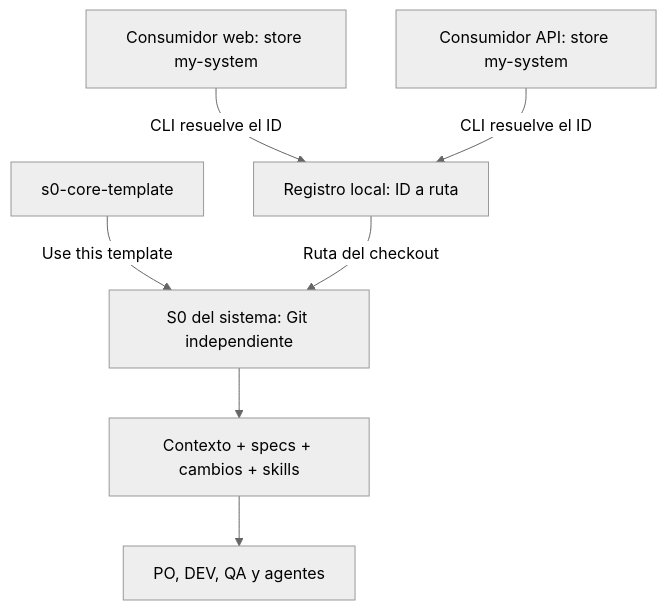
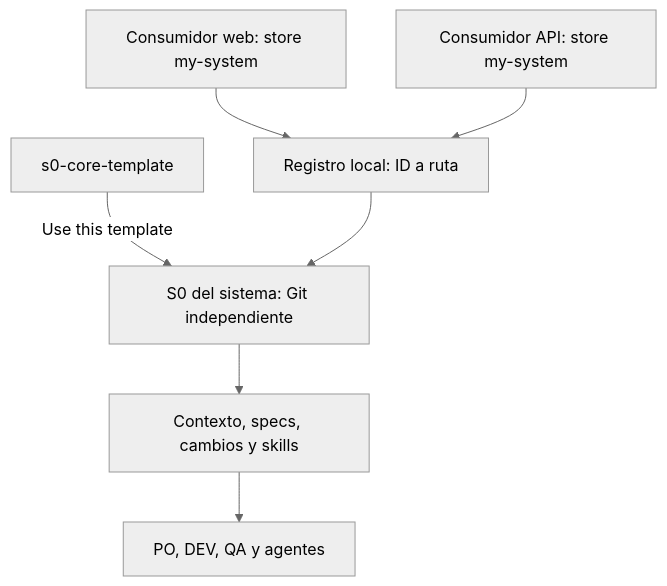
The diagram in CORE_OVERVIEW.md (raal-nuam/s0-ssd-png-rrojas), drawn with Mermaid (neutral theme) before and after one commit. The commit also changed other lines of this file and 5 other files, not shown here.

````diff
--- a/CORE_OVERVIEW.md
+++ b/CORE_OVERVIEW.md
@@ -66,9 +30,9 @@
 ```mermaid
 flowchart TD
     T["s0-core-template"] -->|"Use this template"| S["S0 del sistema: Git independiente"]
-    S --> C["Contexto + specs + cambios + skills"]
-    W["Consumidor web: store my-system"] -->|"CLI resuelve el ID"| R["Registro local: ID a ruta"]
-    A["Consumidor API: store my-system"] -->|"CLI resuelve el ID"| R
-    R -->|"Ruta del checkout"| S
+    S --> C["Contexto, specs, cambios y skills"]
+    W["Consumidor web: store my-system"] --> R["Registro local: ID a ruta"]
+    A["Consumidor API: store my-system"] --> R
+    R --> S
     C --> P["PO, DEV, QA y agentes"]
 ```
````
